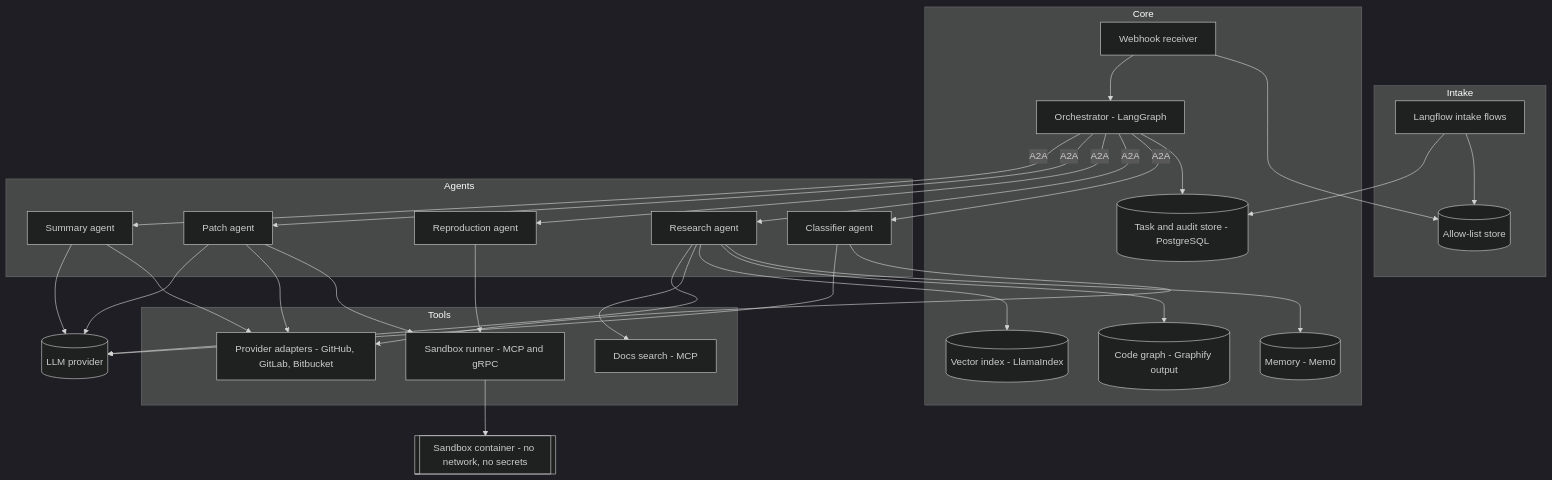
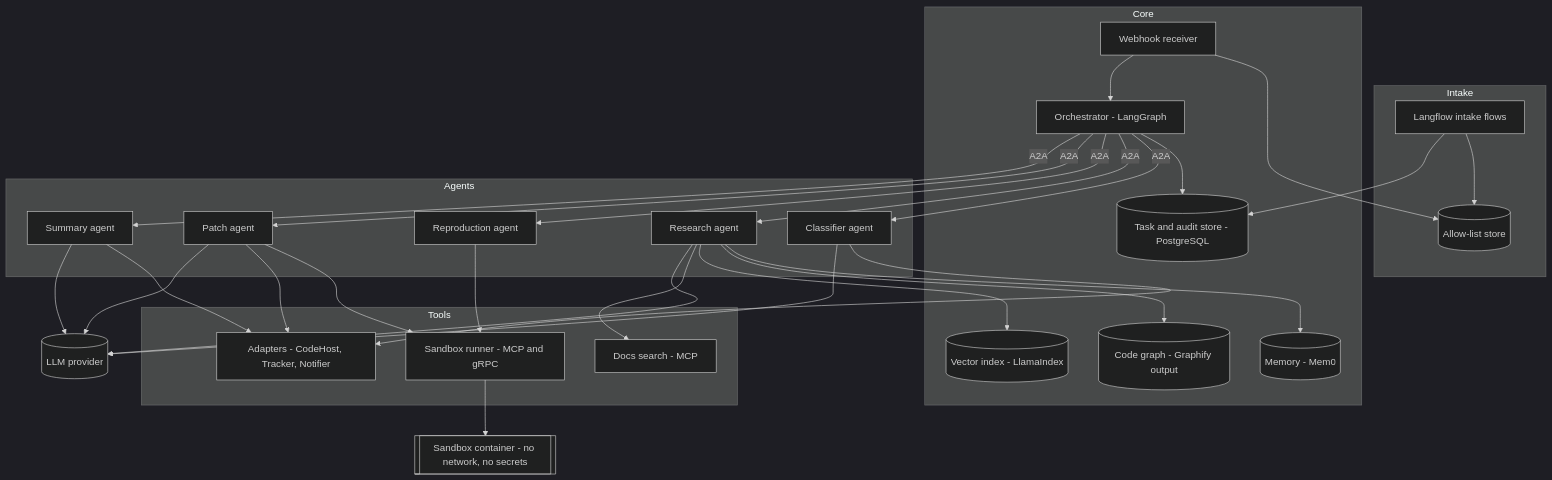
One commit to SubashNadar/issue-to-pr-agent changed the second of 10 diagrams in docs/ARCHITECTURE.md. Above: the diagram before and after it, drawn with Mermaid (dark theme). The commit also changed other lines of this file and 5 other files, not shown here.

First line of the commit message:
Add technology guide and system diagrams across the docs

````diff
--- a/docs/ARCHITECTURE.md
+++ b/docs/ARCHITECTURE.md
@@ -52,58 +87,58 @@
 ```mermaid
 flowchart TB
   subgraph Intake
     LF[Langflow intake flows]
     AL[(Allow-list store)]
   end
 
   subgraph Core
     WH[Webhook receiver]
     ORC[Orchestrator - LangGraph]
     MEM[(Memory - Mem0)]
     GR[(Code graph - Graphify output)]
     IDX[(Vector index - LlamaIndex)]
     DB[(Task and audit store - PostgreSQL)]
   end
 
   subgraph Agents
     CL[Classifier agent]
     RS[Research agent]
     RP[Reproduction agent]
     PA[Patch agent]
     SU[Summary agent]
   end
 
   subgraph Tools
-    VCS[Provider adapters - GitHub, GitLab, Bitbucket]
+    VCS[Adapters - CodeHost, Tracker, Notifier]
     DOCS[Docs search - MCP]
     SBX[Sandbox runner - MCP and gRPC]
   end
 
   SB[[Sandbox container - no network, no secrets]]
   LLM[(LLM provider)]
 
   LF --> AL
   LF --> DB
   WH --> AL
   WH --> ORC
   ORC --> DB
   ORC -- A2A --> CL
   ORC -- A2A --> RS
   ORC -- A2A --> RP
   ORC -- A2A --> PA
   ORC -- A2A --> SU
   RS --> MEM
   RS --> GR
   RS --> IDX
   CL --> VCS
   RS --> DOCS
   RP --> SBX
   PA --> SBX
   SBX --> SB
   PA --> VCS
   SU --> VCS
   CL --> LLM
   RS --> LLM
   PA --> LLM
   SU --> LLM
 ```
````
